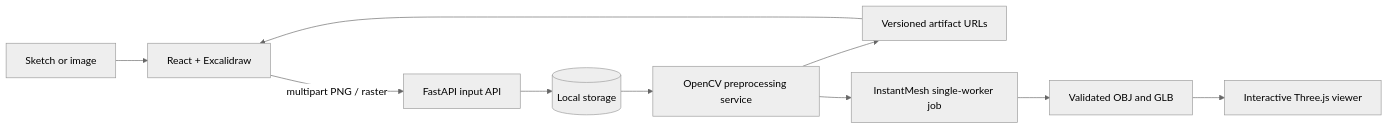
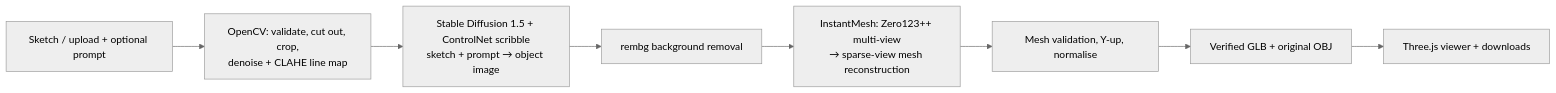
Before and after one commit to anmolkamath22/ML_HACKATHON: the diagram in README.md, drawn with Mermaid (neutral theme). The commit also changed other lines of this file and 40 other files, not shown here.

First line of the commit message:
Add ControlNet refinement, any-GPU detection and shareable serving

````diff
--- a/README.md
+++ b/README.md
@@ -23,12 +13,10 @@
 ```mermaid
 flowchart LR
- U[Sketch or image] --> F[React + Excalidraw]
- F -->|multipart PNG / raster| I[FastAPI input API]
- I --> S[(Local storage)]
- S --> P[OpenCV preprocessing service]
- P --> A[Versioned artifact URLs]
- A --> F
- P --> R[InstantMesh single-worker job]
- R --> M[Validated OBJ and GLB]
- M --> V[Interactive Three.js viewer]
+ S[Sketch / upload + optional prompt] --> CV[OpenCV: validate, cut out, crop,<br/>denoise + CLAHE line map]
+ CV --> CN[Stable Diffusion 1.5 + ControlNet scribble<br/>sketch + prompt → object image]
+ CN --> RB[rembg background removal]
+ RB --> IM[InstantMesh: Zero123++ multi-view<br/>→ sparse-view mesh reconstruction]
+ IM --> MV[Mesh validation, Y-up, normalise]
+ MV --> GLB[Verified GLB + original OBJ]
+ GLB --> V[Three.js viewer + downloads]
 ```
````
